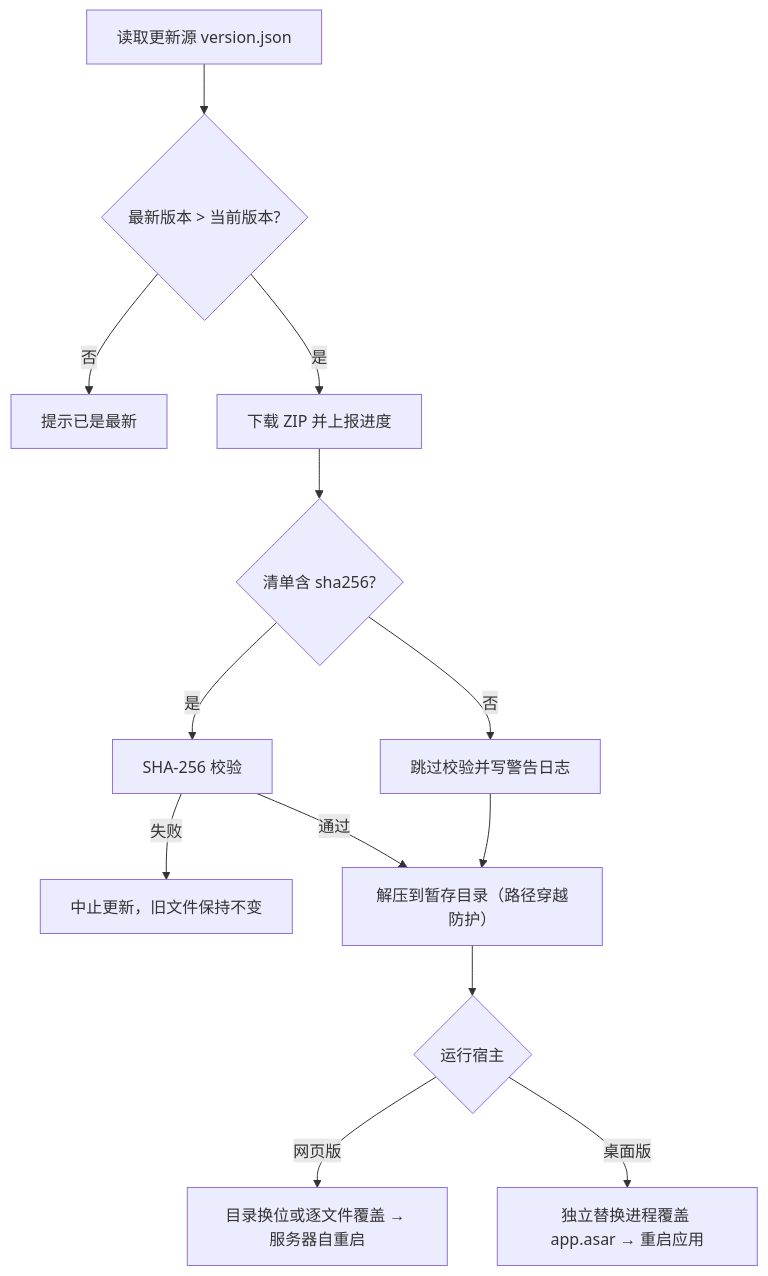
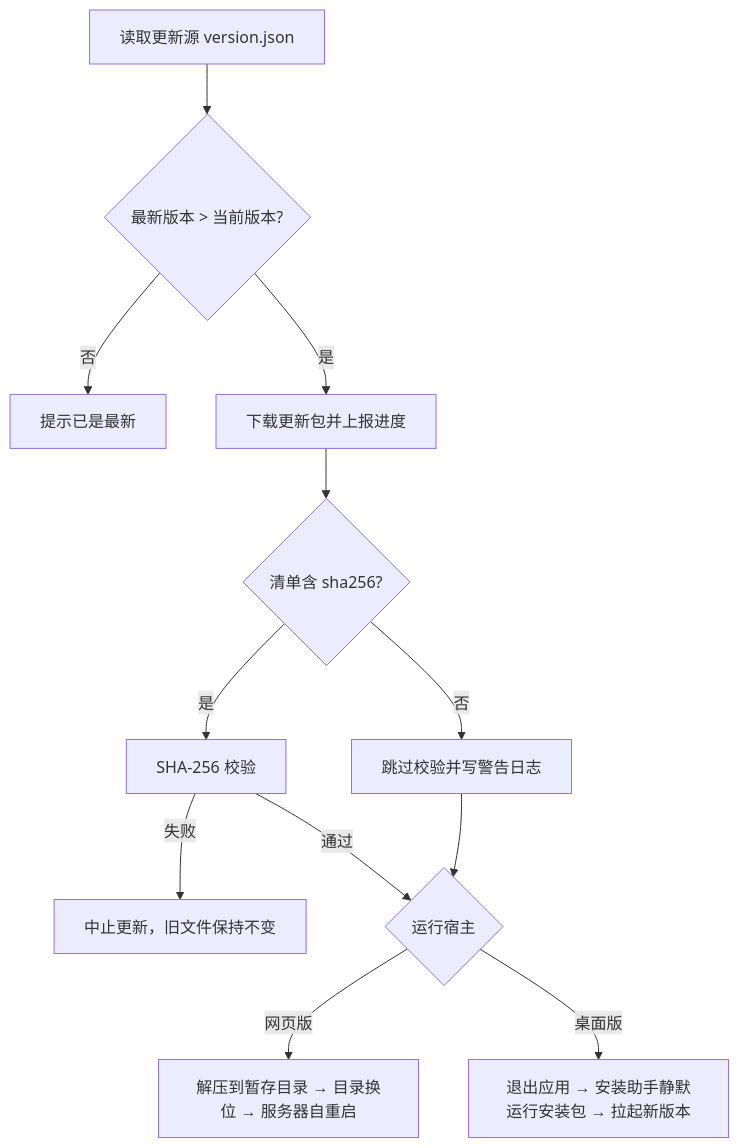
Before and after one commit to yuchen0x1/Base64-encode-encoding: the second of 2 diagrams in README.md, drawn with Mermaid. The commit also changed other lines of this file and 14 other files, not shown here.

````diff
--- a/README.md
+++ b/README.md
@@ -214,15 +214,14 @@
 ```mermaid
 flowchart TD
     A["读取更新源 version.json"] --> B{"最新版本 > 当前版本?"}
     B -->|"否"| C["提示已是最新"]
-    B -->|"是"| D["下载 ZIP 并上报进度"]
+    B -->|"是"| D["下载更新包并上报进度"]
     D --> E{"清单含 sha256?"}
     E -->|"是"| F["SHA-256 校验"]
     E -->|"否"| G["跳过校验并写警告日志"]
     F -->|"失败"| H["中止更新，旧文件保持不变"]
-    F -->|"通过"| I["解压到暂存目录（路径穿越防护）"]
-    G --> I
-    I --> J{"运行宿主"}
-    J -->|"网页版"| K["目录换位或逐文件覆盖 → 服务器自重启"]
-    J -->|"桌面版"| L["独立替换进程覆盖 app.asar → 重启应用"]
+    F -->|"通过"| J{"运行宿主"}
+    G --> J
+    J -->|"网页版"| K["解压到暂存目录 → 目录换位 → 服务器自重启"]
+    J -->|"桌面版"| L["退出应用 → 安装助手静默运行安装包 → 拉起新版本"]
 ```
````
